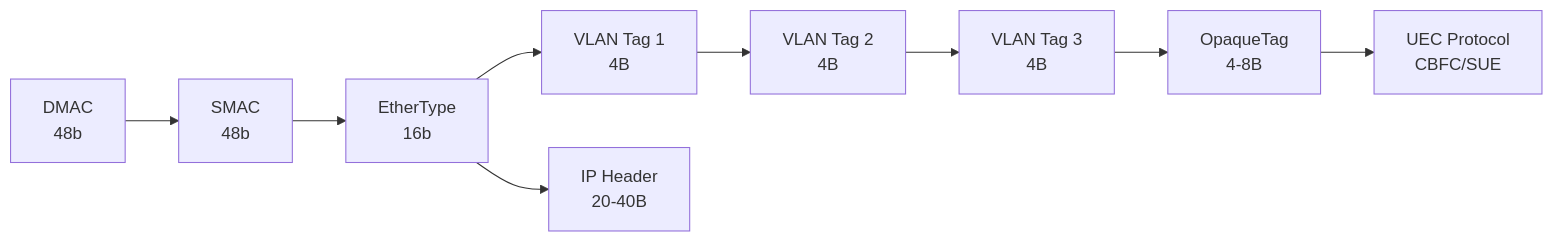
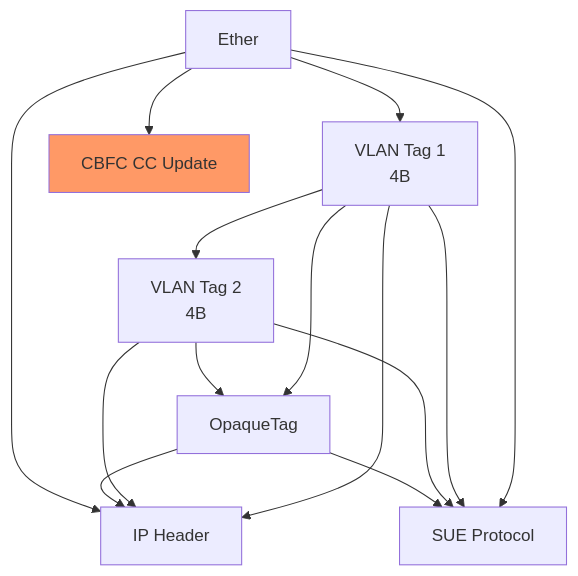
Before and after one commit to RuyeeAI/HardwareDesign: the first of 4 diagrams in docs/PreParser.md, drawn with Mermaid. The commit also changed other lines of this file, not shown here.

Commit message:
Update PreParser doc: add VLAN2->SUE path, share DSCP LUT for SUE
- Section 2.2: Add VLAN2->SUE and OpaqueTag->SUE paths
- Section 2.3: Fix mermaid for CC_UPDATE styling
- Remove separate SuePriorityLut - SUE uses shared DSCP LUT
- Update SUE priority extraction to use shared DSCP LUT

````diff
--- a/docs/PreParser.md
+++ b/docs/PreParser.md
@@ -61,11 +60,19 @@
 ```mermaid
-flowchart LR
-    DMAC[DMAC<br/>48b] --> SMAC[SMAC<br/>48b]
-    SMAC --> EtherType[EtherType<br/>16b]
-    EtherType --> VLAN1[VLAN Tag 1<br/>4B]
+flowchart TD
+    Ether --> VLAN1[VLAN Tag 1<br/>4B]
+    Ether --> SUE[SUE Protocol]
+    Ether --> CC_UPDATE[CBFC CC Update]
     VLAN1 --> VLAN2[VLAN Tag 2<br/>4B]
-    VLAN2 --> VLAN3[VLAN Tag 3<br/>4B]
-    VLAN3 --> OpaqueTag[OpaqueTag<br/>4-8B]
-    OpaqueTag --> UEC[UEC Protocol<br/>CBFC/SUE]
-    EtherType --> IP[IP Header<br/>20-40B]
+    VLAN1 --> IP[IP Header]
+    VLAN1 --> SUE
+    VLAN1 --> OpaqueTag
+    VLAN2 --> OpaqueTag
+    VLAN2 --> IP
+    VLAN2 --> SUE
+
+    OpaqueTag --> IP
+    OpaqueTag --> SUE
+    Ether --> IP
+
+    style CC_UPDATE fill:#f96
 ```
````
